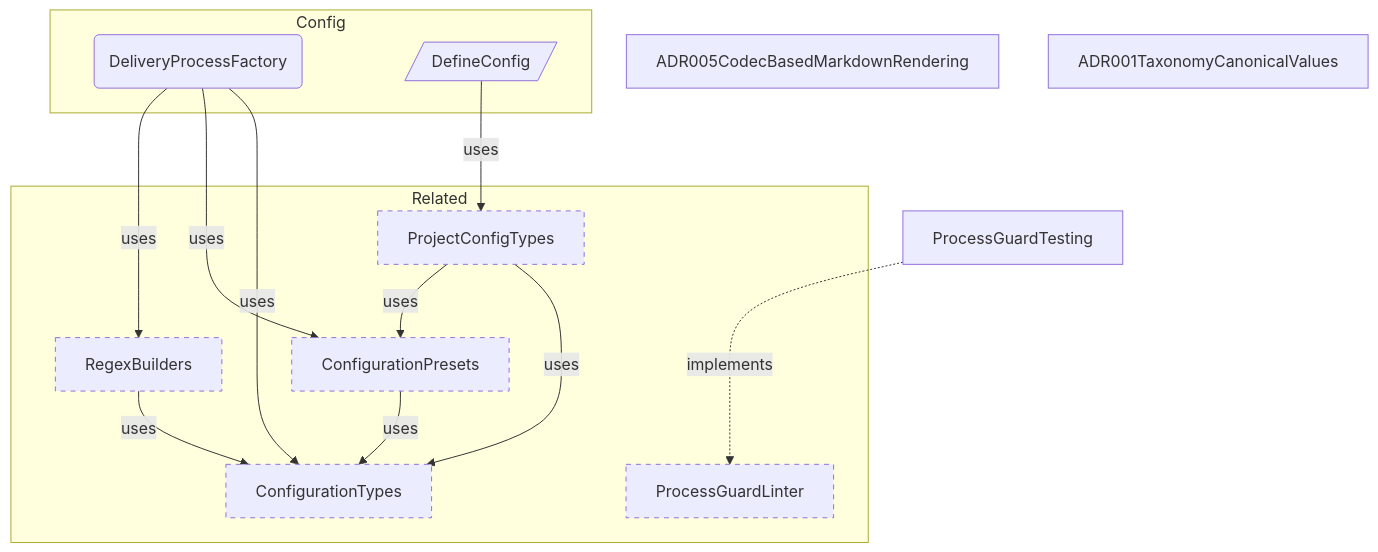
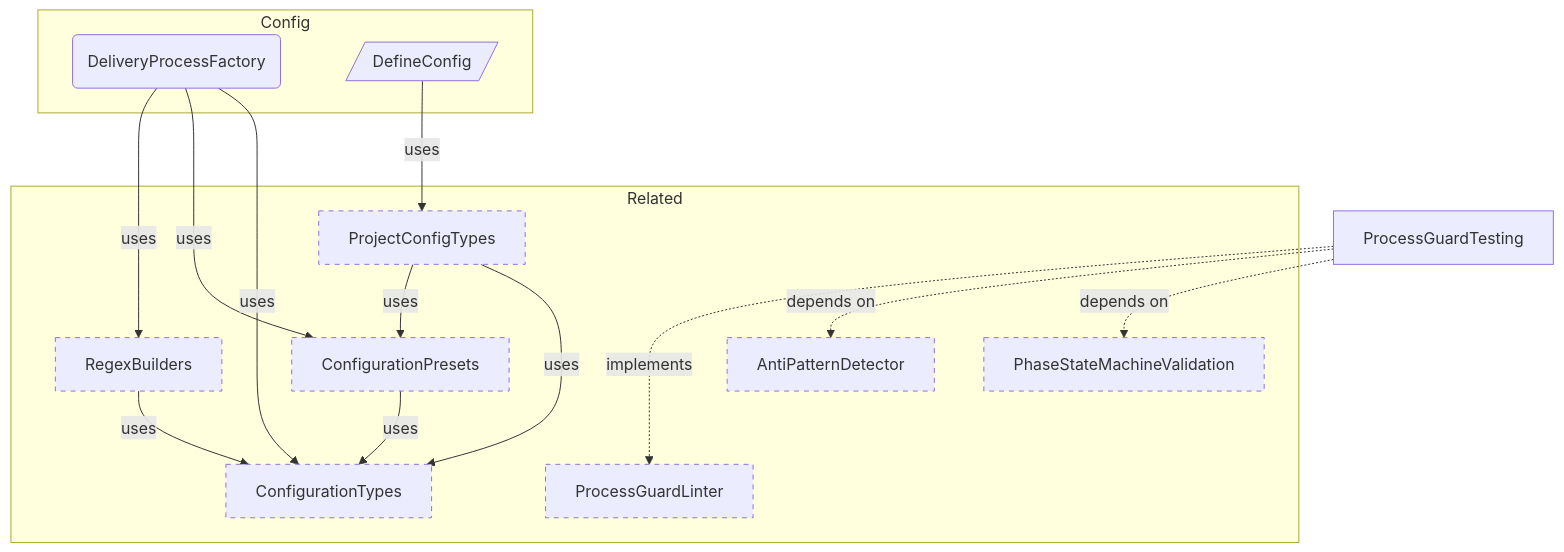
Before and after one commit to libar-dev/architect: the first of 6 diagrams in docs-generated/docs/REFERENCE-SAMPLE.md, drawn with Mermaid. The commit also changed other lines of this file and 73 other files, not shown here.

````diff
--- a/docs-generated/docs/REFERENCE-SAMPLE.md
+++ b/docs-generated/docs/REFERENCE-SAMPLE.md
@@ -117,27 +117,29 @@
 ```mermaid
 graph TB
     subgraph config["Config"]
         DeliveryProcessFactory("DeliveryProcessFactory")
         DefineConfig[/"DefineConfig"/]
     end
-    ADR005CodecBasedMarkdownRendering["ADR005CodecBasedMarkdownRendering"]
-    ADR001TaxonomyCanonicalValues["ADR001TaxonomyCanonicalValues"]
     ProcessGuardTesting["ProcessGuardTesting"]
     subgraph related["Related"]
+        AntiPatternDetector["AntiPatternDetector"]:::neighbor
         ConfigurationTypes["ConfigurationTypes"]:::neighbor
         RegexBuilders["RegexBuilders"]:::neighbor
         ProjectConfigTypes["ProjectConfigTypes"]:::neighbor
         ConfigurationPresets["ConfigurationPresets"]:::neighbor
         ProcessGuardLinter["ProcessGuardLinter"]:::neighbor
+        PhaseStateMachineValidation["PhaseStateMachineValidation"]:::neighbor
     end
     DeliveryProcessFactory -->|uses| ConfigurationTypes
     DeliveryProcessFactory -->|uses| ConfigurationPresets
     DeliveryProcessFactory -->|uses| RegexBuilders
     DefineConfig -->|uses| ProjectConfigTypes
+    ProcessGuardTesting -.->|depends on| PhaseStateMachineValidation
+    ProcessGuardTesting -.->|depends on| AntiPatternDetector
     ProcessGuardTesting ..->|implements| ProcessGuardLinter
     RegexBuilders -->|uses| ConfigurationTypes
     ProjectConfigTypes -->|uses| ConfigurationTypes
     ProjectConfigTypes -->|uses| ConfigurationPresets
     ConfigurationPresets -->|uses| ConfigurationTypes
     classDef neighbor stroke-dasharray: 5 5
 ```
````
